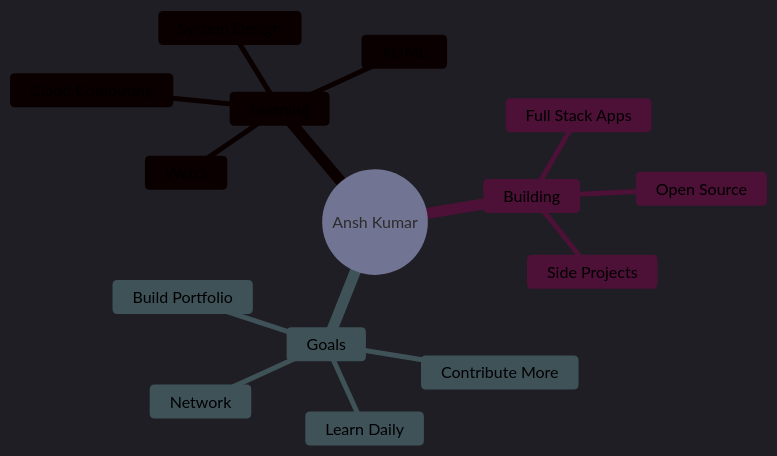
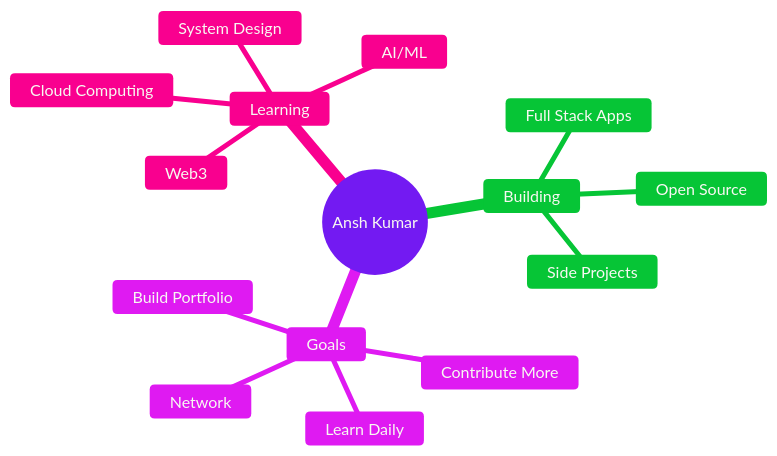
One commit to Albez0-An7h/Albez0-An7h changed the diagram in readme.md. Above: the diagram before and after it, drawn with Mermaid.

Commit message:
mindmap fix

````diff
--- a/readme.md
+++ b/readme.md
@@ -131,19 +131,19 @@
 ```mermaid
-%%{init: {'theme':'dark', 'themeVariables': { 'darkMode':'true', 'primaryColor':'#bd93f9', 'primaryTextColor':'#f8f8f2', 'primaryBorderColor':'#6272a4', 'lineColor':'#8be9fd', 'secondaryColor':'#44475a', 'tertiaryColor':'#282a36', 'background':'#282a36', 'mainBkg':'#44475a', 'secondBkg':'#6272a4', 'textColor':'#f8f8f2', 'fontSize':'16px'}}}%%
+%%{init: {'theme':'base', 'themeVariables': { 'primaryColor':'#bd93f9', 'primaryTextColor':'#f8f8f2', 'primaryBorderColor':'#bd93f9', 'lineColor':'#8be9fd', 'secondaryColor':'#ff79c6', 'secondaryTextColor':'#f8f8f2', 'secondaryBorderColor':'#ff79c6', 'tertiaryColor':'#50fa7b', 'tertiaryTextColor':'#282a36', 'tertiaryBorderColor':'#50fa7b', 'noteBkgColor':'#44475a', 'noteTextColor':'#f8f8f2', 'noteBorderColor':'#6272a4', 'background':'transparent', 'mainBkg':'#bd93f9', 'textColor':'#f8f8f2', 'fontSize':'16px'}}}%%
 mindmap
   root((Ansh Kumar))
     Learning
       System Design
       Cloud Computing
       AI/ML
       Web3
     Building
       Full Stack Apps
       Open Source
       Side Projects
     Goals
       Contribute More
       Learn Daily
       Build Portfolio
       Network
 ```
````
